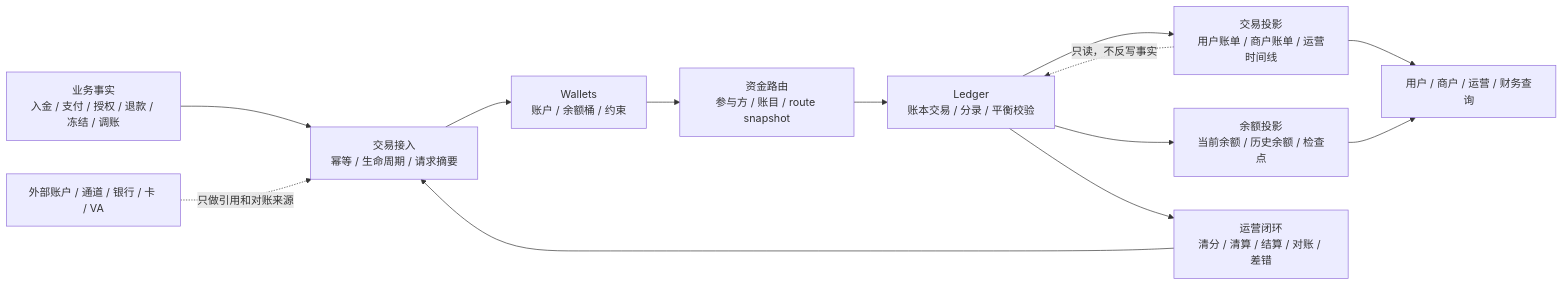
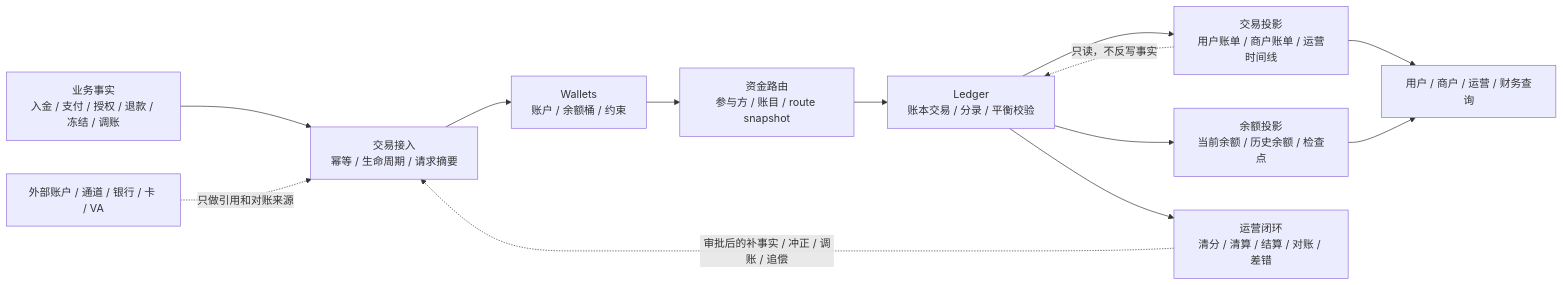
Before and after one commit to fengwuxp/wind-funds: the first of 9 diagrams in docs/产品设计/01-PRD总览.md, drawn with Mermaid. The commit also changed other lines of this file and 10 other files, not shown here.

````diff
--- a/docs/产品设计/01-PRD总览.md
+++ b/docs/产品设计/01-PRD总览.md
@@ -22,17 +22,17 @@
 ```mermaid
 flowchart LR
     Biz["业务事实\n入金 / 支付 / 授权 / 退款 / 冻结 / 调账"] --> Tx["交易接入\n幂等 / 生命周期 / 请求摘要"]
     Tx --> Wallet["Wallets\n账户 / 余额桶 / 约束"]
     Wallet --> Route["资金路由\n参与方 / 账目 / route snapshot"]
     Route --> Ledger["Ledger\n账本交易 / 分录 / 平衡校验"]
     Ledger --> Balance["余额投影\n当前余额 / 历史余额 / 检查点"]
     Ledger --> View["交易投影\n用户账单 / 商户账单 / 运营时间线"]
     View --> User["用户 / 商户 / 运营 / 财务查询"]
     Balance --> User
 
     Ledger --> Ops["运营闭环\n清分 / 清算 / 结算 / 对账 / 差错"]
-    Ops --> Tx
+    Ops -. "审批后的补事实 / 冲正 / 调账 / 追偿" .-> Tx
 
     Ext["外部账户 / 通道 / 银行 / 卡 / VA"] -. "只做引用和对账来源" .-> Tx
     View -. "只读，不反写事实" .-> Ledger
 ```
````
